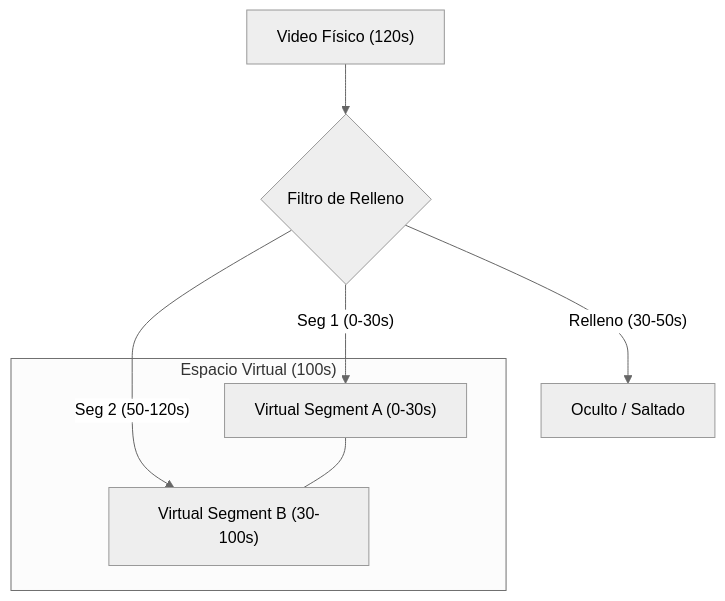
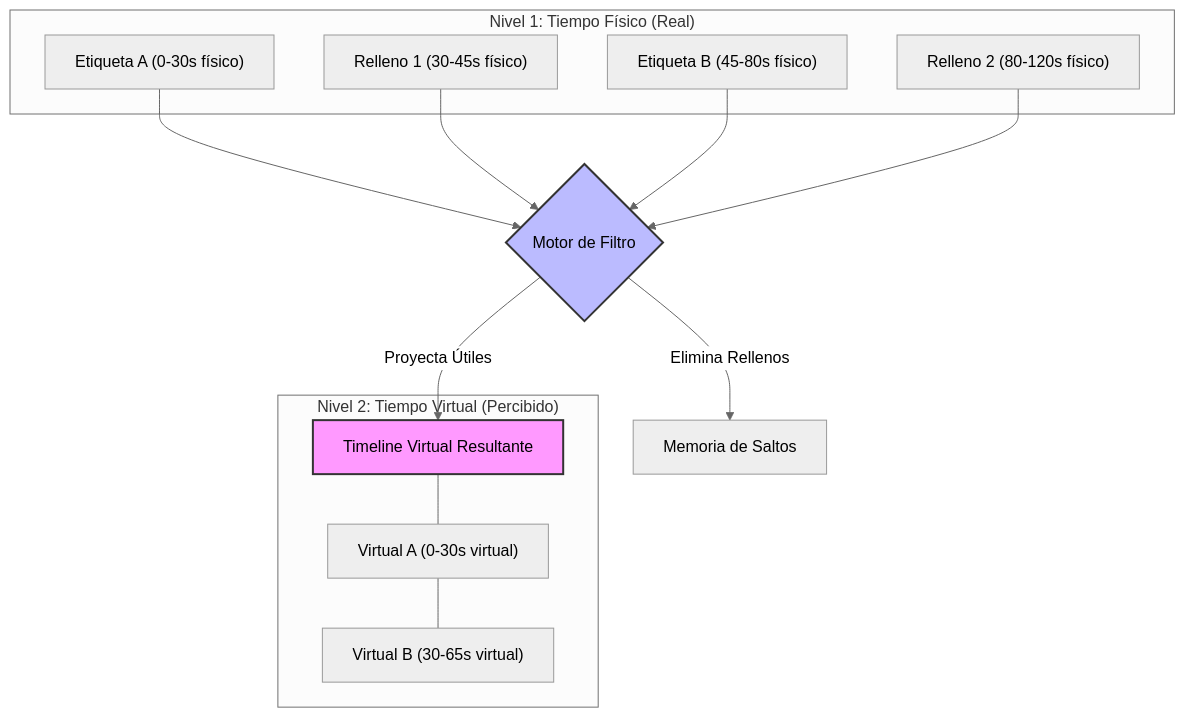
Before and after one commit to IvyedSG/klip: the diagram in README.md, drawn with Mermaid (neutral theme). The commit also changed other lines of this file, not shown here.

Commit message:
docs: Update the temporal model diagram to illustrate physical versus virtual time and the filtering engine in more detail.

````diff
--- a/README.md
+++ b/README.md
@@ -23,11 +25,24 @@
 ```mermaid
 graph TD
-    A["Video Físico (120s)"] --> B{"Filtro de Relleno"}
-    B -- "Seg 1 (0-30s)" --> C1["Virtual Segment A (0-30s)"]
-    B -- "Relleno (30-50s)" --> D["Oculto / Saltado"]
-    B -- "Seg 2 (50-120s)" --> C2["Virtual Segment B (30-100s)"]
+    subgraph "Nivel 1: Tiempo Físico (Real)"
+        P1["Etiqueta A (0-30s físico)"]
+        T1["Relleno 1 (30-45s físico)"]
+        P2["Etiqueta B (45-80s físico)"]
+        T2["Relleno 2 (80-120s físico)"]
+    end
 
-    subgraph "Espacio Virtual (100s)"
-    C1 --- C2
+    P1 & T1 & P2 & T2 --> Filter{"Motor de Filtro"}
+
+    Filter -- "Elimina Rellenos" --> Trash["Memoria de Saltos"]
+    Filter -- "Proyecta Útiles" --> VTL["Timeline Virtual Resultante"]
+
+    subgraph "Nivel 2: Tiempo Virtual (Percibido)"
+        V1["Virtual A (0-30s virtual)"]
+        V2["Virtual B (30-65s virtual)"]
+        VTL --- V1
+        V1 --- V2
     end
+
+    style VTL fill:#f9f,stroke:#333,stroke-width:2px
+    style Filter fill:#bbf,stroke:#333,stroke-width:2px
 ```
````
